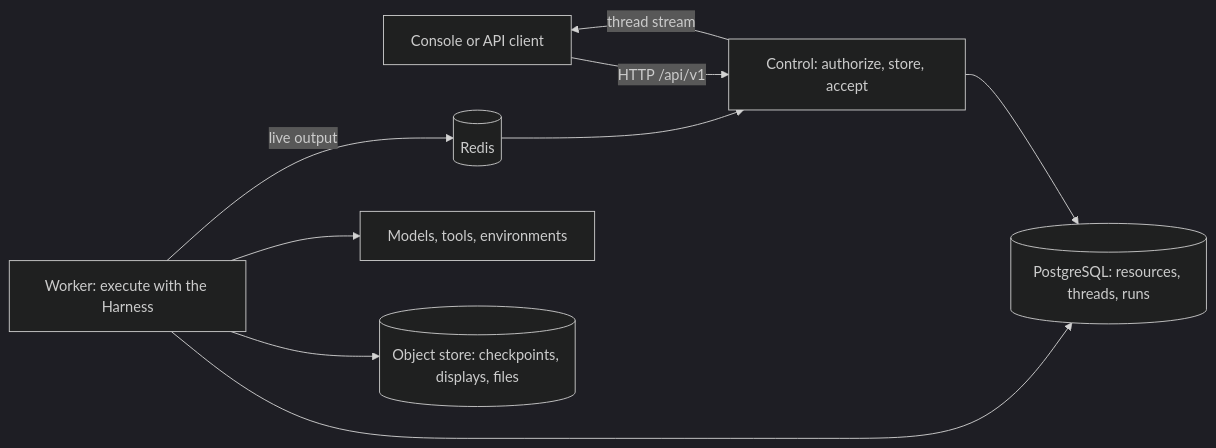
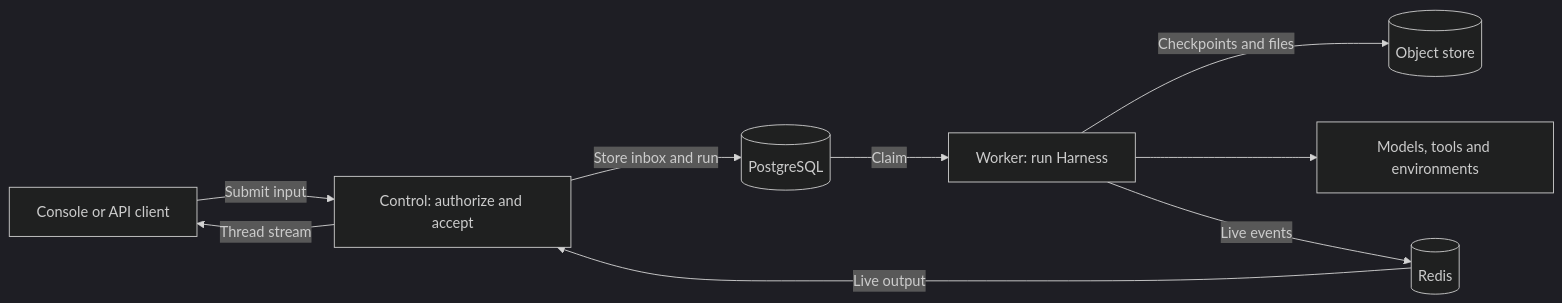
One commit to LTThreeComma/agent-foundation changed the diagram in docs/a13n-service/index.md. Above: the diagram before and after it, drawn with Mermaid (dark theme). The commit also changed other lines of this file and 53 other files, not shown here.

````diff
--- a/docs/a13n-service/index.md
+++ b/docs/a13n-service/index.md
@@ -33,11 +24,11 @@
 ```mermaid
 flowchart LR
-    Client["Console or API client"] -->|"HTTP /api/v1"| Control["Control: authorize, store, accept"]
-    Control --> Postgres[("PostgreSQL: resources, threads, runs")]
-    Worker["Worker: execute with the Harness"] --> Postgres
-    Worker --> Objects[("Object store: checkpoints, displays, files")]
-    Worker --> External["Models, tools, environments"]
-    Worker -->|"live output"| Redis[("Redis")]
-    Redis --> Control
-    Control -->|"thread stream"| Client
+    Client["Console or API client"] -->|"Submit input"| Control["Control: authorize and accept"]
+    Control -->|"Store inbox and run"| Postgres[(PostgreSQL)]
+    Postgres -->|"Claim"| Worker["Worker: run Harness"]
+    Worker -->|"Checkpoints and files"| Objects[(Object store)]
+    Worker --> External["Models, tools and environments"]
+    Worker -->|"Live events"| Redis[(Redis)]
+    Redis -->|"Live output"| Control
+    Control -->|"Thread stream"| Client
 ```
````
